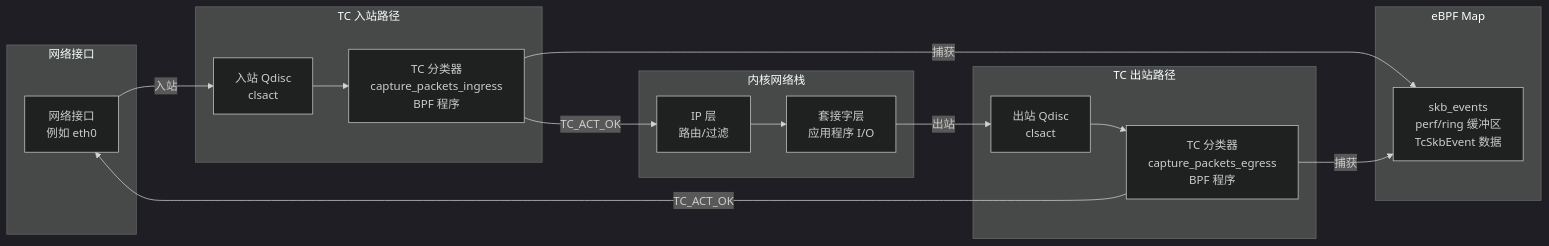
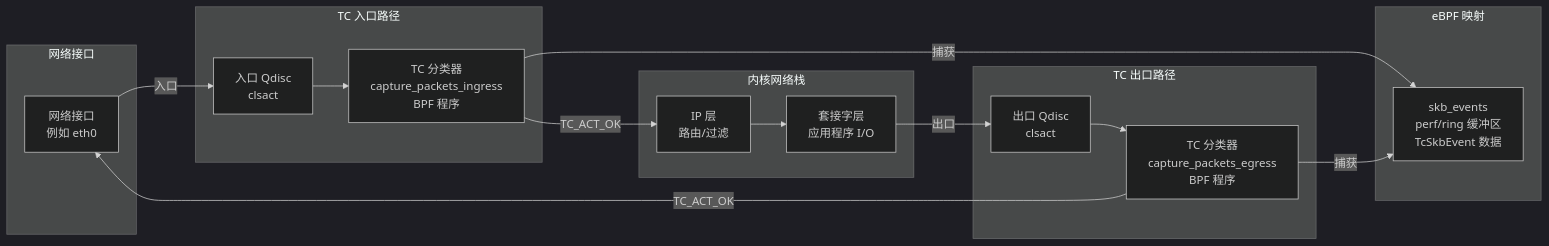
One commit to gojue/ecapture.cc changed the fifth of 8 diagrams in src/zh/4-output-formats/4.2-pcap-integration.md. Above: the diagram before and after it, drawn with Mermaid (dark theme). The commit also changed other lines of this file and 115 other files, not shown here.

````diff
--- a/src/zh/4-output-formats/4.2-pcap-integration.md
+++ b/src/zh/4-output-formats/4.2-pcap-integration.md
@@ -346,38 +351,38 @@
 ```mermaid
 graph LR
     subgraph "网络接口"
-        NIC[网络接口<br/>例如 eth0]
+        NIC["网络接口<br/>例如 eth0"]
     end
     
-    subgraph "TC 入站路径"
-        ING_QDISC[入站 Qdisc<br/>clsact]
-        ING_FILTER[TC 分类器<br/>capture_packets_ingress<br/>BPF 程序]
+    subgraph "TC 入口路径"
+        ING_QDISC["入口 Qdisc<br/>clsact"]
+        ING_FILTER["TC 分类器<br/>capture_packets_ingress<br/>BPF 程序"]
     end
     
-    subgraph "TC 出站路径"
-        EG_QDISC[出站 Qdisc<br/>clsact]
-        EG_FILTER[TC 分类器<br/>capture_packets_egress<br/>BPF 程序]
+    subgraph "TC 出口路径"
+        EG_QDISC["出口 Qdisc<br/>clsact"]
+        EG_FILTER["TC 分类器<br/>capture_packets_egress<br/>BPF 程序"]
     end
     
     subgraph "内核网络栈"
-        IP_LAYER[IP 层<br/>路由/过滤]
-        SOCKET[套接字层<br/>应用程序 I/O]
+        IP_LAYER["IP 层<br/>路由/过滤"]
+        SOCKET["套接字层<br/>应用程序 I/O"]
     end
     
-    subgraph "eBPF Map"
-        SKB_EVENTS[skb_events<br/>perf/ring 缓冲区<br/>TcSkbEvent 数据]
+    subgraph "eBPF 映射"
+        SKB_EVENTS["skb_events<br/>perf/ring 缓冲区<br/>TcSkbEvent 数据"]
     end
     
-    NIC -->|入站| ING_QDISC
+    NIC -->|"入口"| ING_QDISC
     ING_QDISC --> ING_FILTER
-    ING_FILTER -->|TC_ACT_OK| IP_LAYER
+    ING_FILTER -->|"TC_ACT_OK"| IP_LAYER
     
     IP_LAYER --> SOCKET
     
-    SOCKET -->|出站| EG_QDISC
+    SOCKET -->|"出口"| EG_QDISC
     EG_QDISC --> EG_FILTER
-    EG_FILTER -->|TC_ACT_OK| NIC
+    EG_FILTER -->|"TC_ACT_OK"| NIC
     
-    ING_FILTER -->|捕获| SKB_EVENTS
-    EG_FILTER -->|捕获| SKB_EVENTS
+    ING_FILTER -->|"捕获"| SKB_EVENTS
+    EG_FILTER -->|"捕获"| SKB_EVENTS
 ```
````
